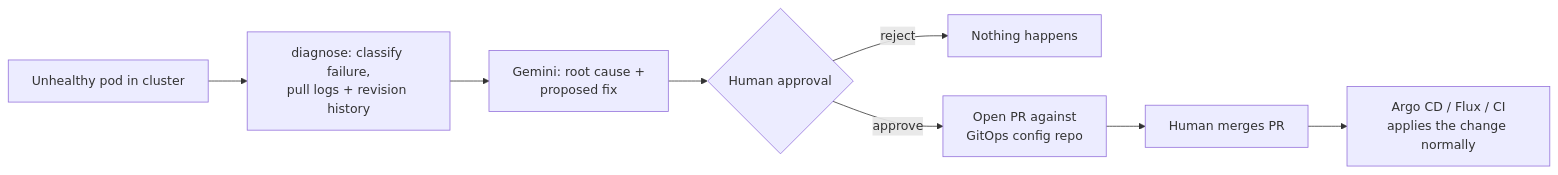
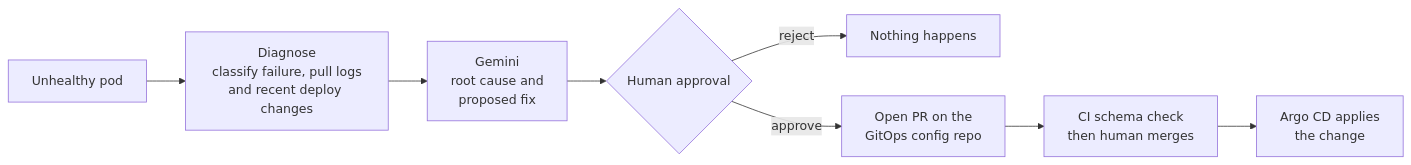
Before and after one commit to Sayantan1718/gitops-gated-k8s-incident-agent: the diagram in README.md, drawn with Mermaid. The commit also changed other lines of this file, not shown here.

Commit message:
Update README: production notes, API docs, Argo CD setup

````diff
--- a/README.md
+++ b/README.md
@@ -15,10 +15,10 @@
 ```mermaid
 flowchart LR
-    A[Unhealthy pod in cluster] --> B[diagnose: classify failure,\npull logs + revision history]
-    B --> C[Gemini: root cause +\nproposed fix]
+    A[Unhealthy pod] --> B[Diagnose<br/>classify failure, pull logs<br/>and recent deploy changes]
+    B --> C[Gemini<br/>root cause and<br/>proposed fix]
     C --> D{Human approval}
     D -- reject --> E[Nothing happens]
-    D -- approve --> F[Open PR against\nGitOps config repo]
-    F --> G[Human merges PR]
-    G --> H[Argo CD / Flux / CI\napplies the change normally]
+    D -- approve --> F[Open PR on the<br/>GitOps config repo]
+    F --> G[CI schema check<br/>then human merges]
+    G --> H[Argo CD applies<br/>the change]
 ```
````
